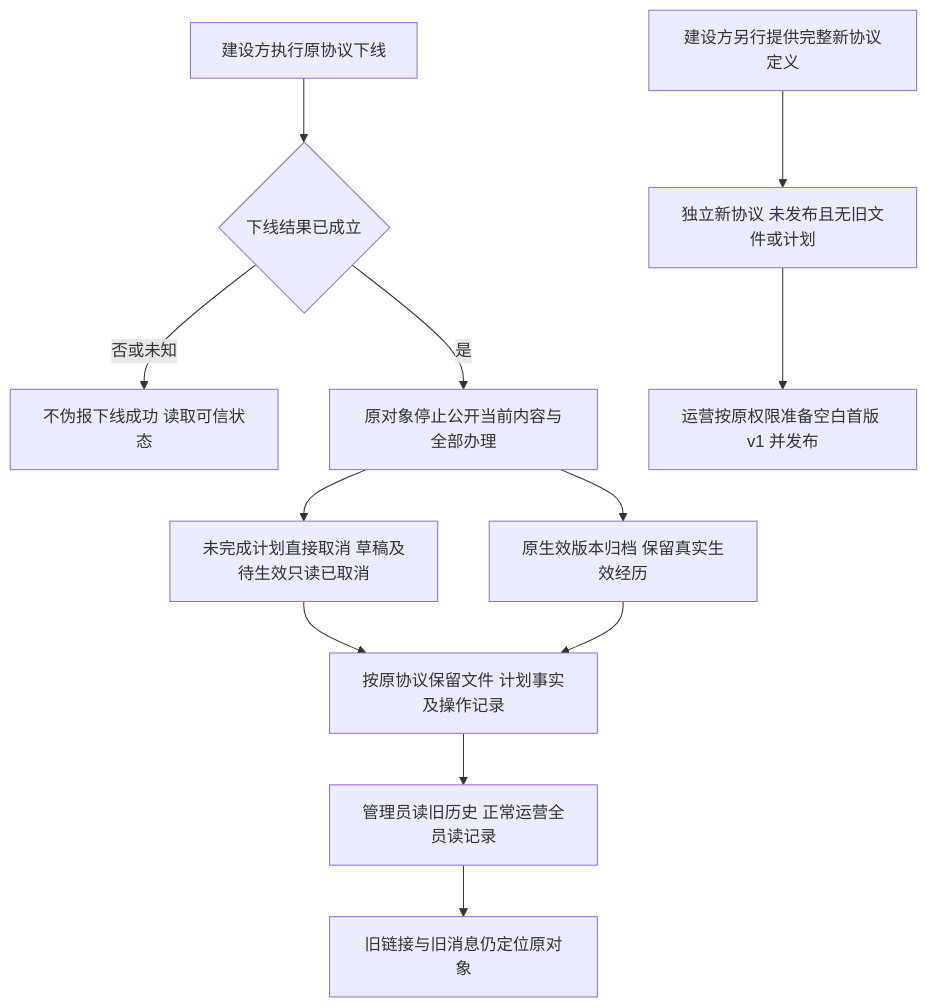
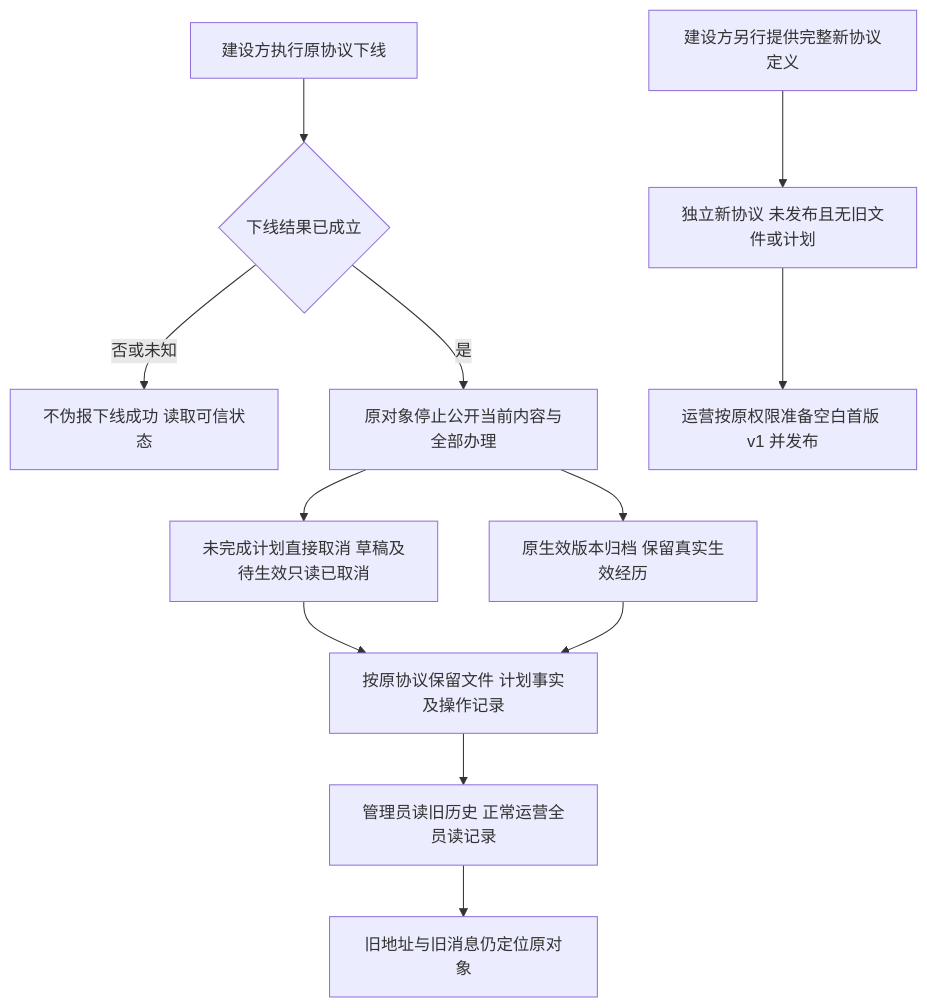
The sixth of 8 diagrams in lending-platform/PRD/v1.0-运营端协议管理/02-运营端协议管理-流程图与状态机.md (wxblockchain/Chain-Financing), drawn with Mermaid before and after one commit. The commit also changed other lines of this file and 4 other files, not shown here.

````diff
--- a/lending-platform/PRD/v1.0-运营端协议管理/02-运营端协议管理-流程图与状态机.md
+++ b/lending-platform/PRD/v1.0-运营端协议管理/02-运营端协议管理-流程图与状态机.md
@@ -176,14 +176,14 @@
 ```mermaid
 flowchart TD
     A[建设方执行原协议下线] --> B{下线结果已成立}
     B -->|否或未知| C[不伪报下线成功 读取可信状态]
     B -->|是| D[原对象停止公开当前内容与全部办理]
     D --> E[未完成计划直接取消 草稿及待生效只读已取消]
     D --> F[原生效版本归档 保留真实生效经历]
     E --> G[按原协议保留文件 计划事实及操作记录]
     F --> G
     G --> H[管理员读旧历史 正常运营全员读记录]
-    H --> I[旧链接与旧消息仍定位原对象]
+    H --> I[旧地址与旧消息仍定位原对象]
     J[建设方另行提供完整新协议定义] --> K[独立新协议 未发布且无旧文件或计划]
     K --> L[运营按原权限准备空白首版 v1 并发布]
 ```
````
